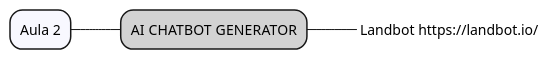
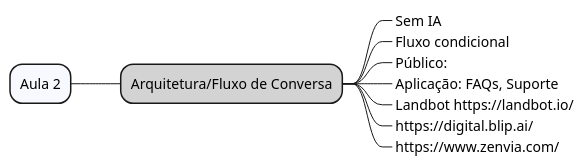
One commit to acnaweb/chatbot changed the diagram in docs/src/aula2.wsd. Above: the diagram before and after it, drawn with PlantUML. The commit also changed 4 other files, not shown here.

```diff
--- a/docs/src/aula2.wsd
+++ b/docs/src/aula2.wsd
@@ -1,12 +1,18 @@
 @startmindmap
 
 *[#F8F8FF] Aula 2
 
-**[#LightGray] AI CHATBOT GENERATOR
+**[#LightGray] Arquitetura/Fluxo de Conversa
 
+***_ Sem IA
+***_ Fluxo condicional
+***_ Público: 
+***_ Aplicação: FAQs, Suporte
 ***_ Landbot https://landbot.io/
+***_ https://digital.blip.ai/
+***_ https://www.zenvia.com/
 
 left side
 
 
 @endmindmap
```
